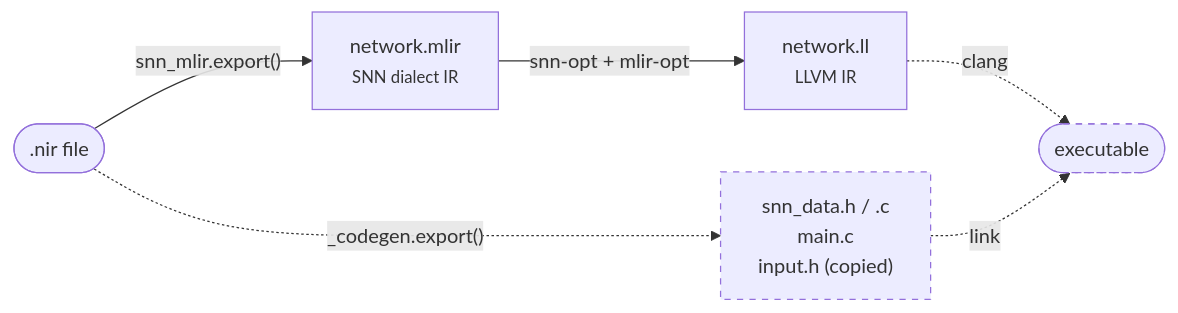
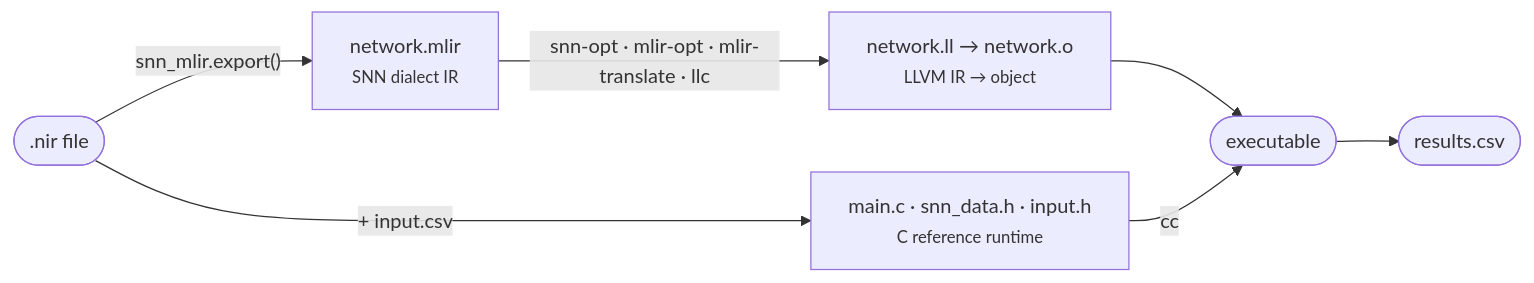
One commit to INTERA-GROUP/snn-mlir changed the diagram in docs/getting-started/how-it-works.md. Above: the diagram before and after it, drawn with Mermaid. The commit also changed other lines of this file and 11 other files, not shown here.

````diff
--- a/docs/getting-started/how-it-works.md
+++ b/docs/getting-started/how-it-works.md
@@ -7,17 +8,16 @@
 ```mermaid
 graph LR
     NIR([".nir file"])
     MLIR["network.mlir<br/><small>SNN dialect IR</small>"]
-    LL["network.ll<br/><small>LLVM IR</small>"]
-    C["snn_data.h / .c<br/>main.c<br/>input.h (copied)"]
+    C["main.c · snn_data.h · input.h<br/><small>C reference runtime</small>"]
+    LL["network.ll → network.o<br/><small>LLVM IR → object</small>"]
     EXE(["executable"])
+    CSV(["results.csv"])
 
     NIR -->|"snn_mlir.export()"| MLIR
-    MLIR -->|"snn-opt + mlir-opt"| LL
-    LL -. "clang" .-> EXE
-    NIR -. "_codegen.export()" .-> C
-    C -. "link" .-> EXE
-
-    classDef example stroke-dasharray: 5 5;
-    class C,EXE example;
+    NIR -->|"+ input.csv"| C
+    MLIR -->|"snn-opt · mlir-opt · mlir-translate · llc"| LL
+    LL --> EXE
+    C -->|"cc"| EXE
+    EXE --> CSV
 ```
````
